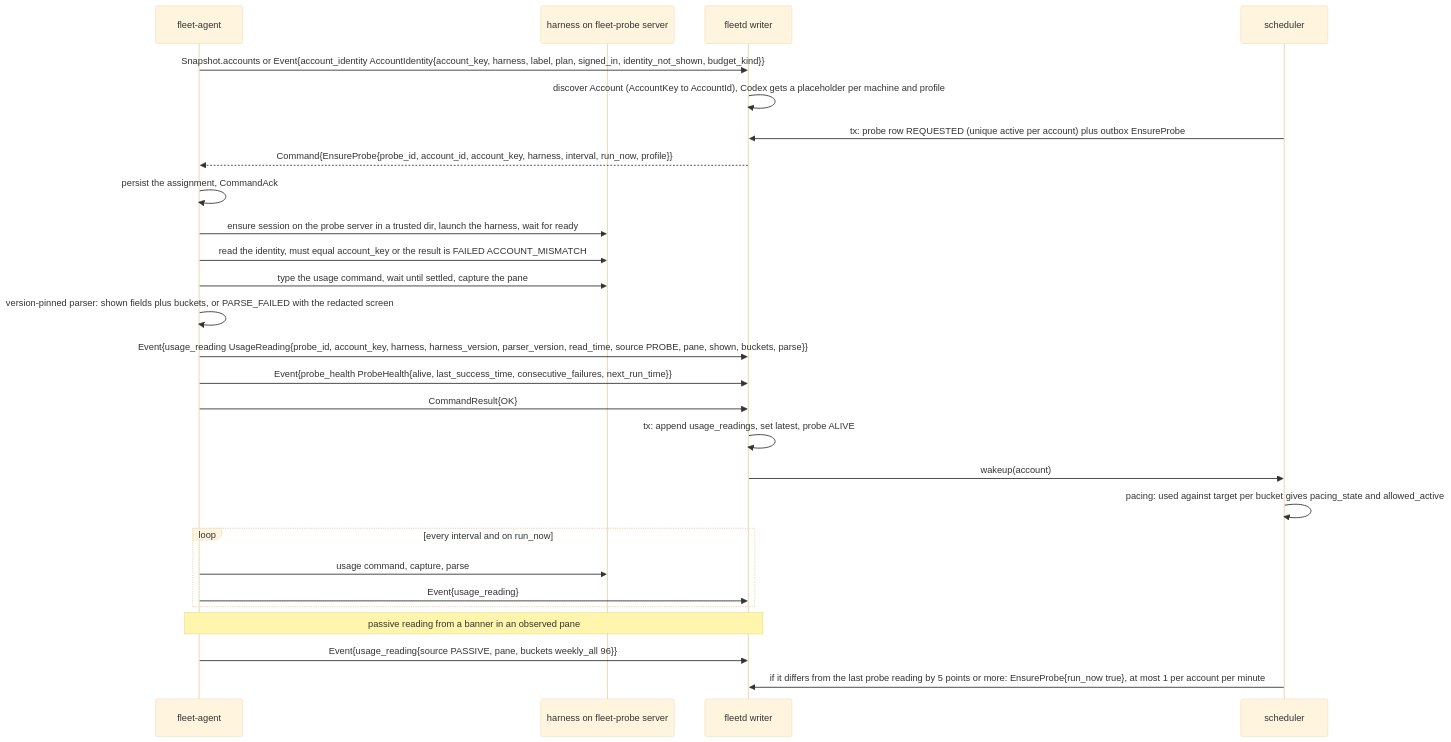
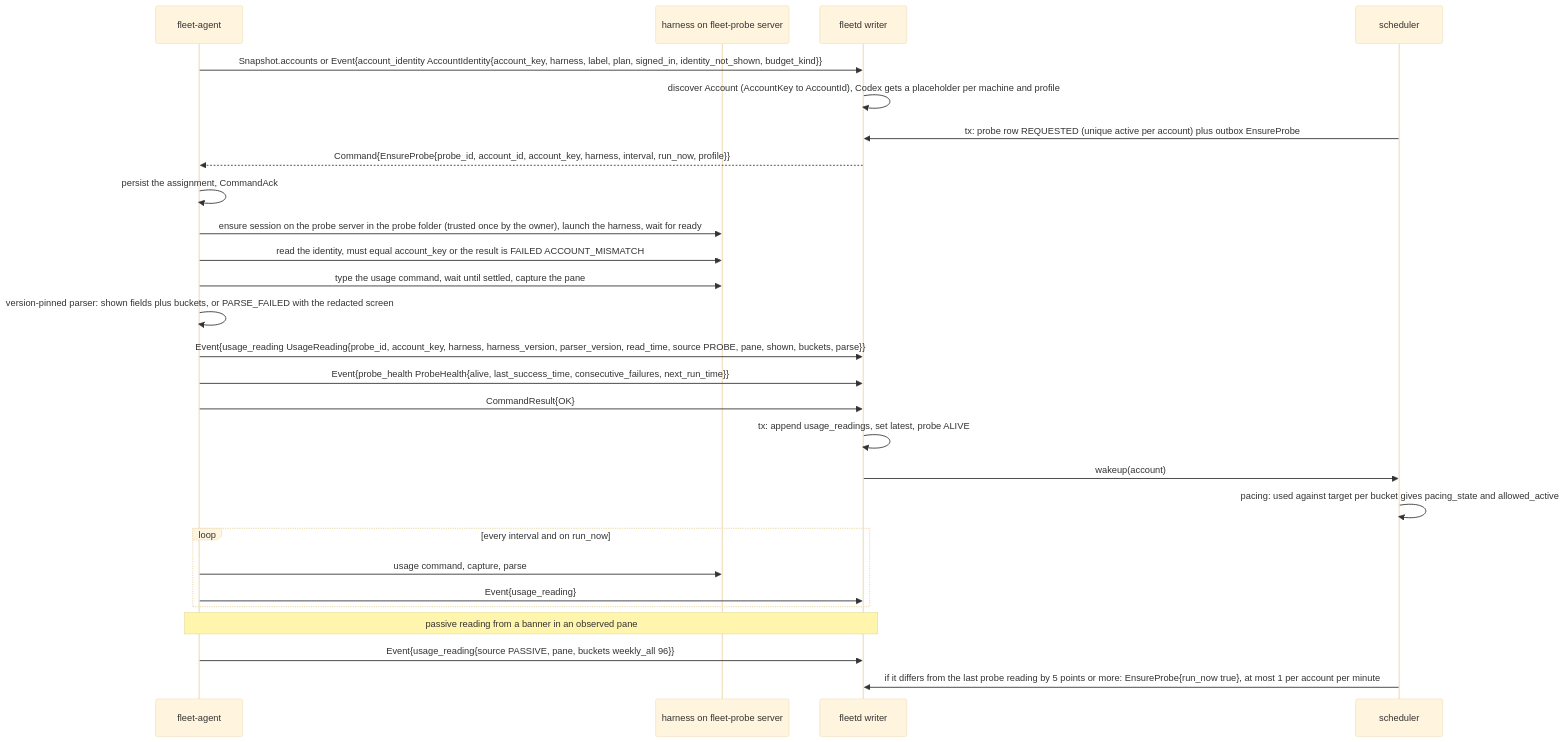
One commit to linuxdynasty/fleet-board changed the fourth of 5 diagrams in docs/flows/agent-hub-2.md. Above: the diagram before and after it, drawn with Mermaid (base theme). The commit also changed other lines of this file and 123 other files, not shown here.

````diff
--- a/docs/flows/agent-hub-2.md
+++ b/docs/flows/agent-hub-2.md
@@ -347,29 +347,29 @@
 ```mermaid
 sequenceDiagram
   participant A as fleet-agent
   participant P as harness on fleet-probe server
   participant H as fleetd writer
   participant S as scheduler
   A->>H: Snapshot.accounts or Event{account_identity AccountIdentity{account_key, harness, label, plan, signed_in, identity_not_shown, budget_kind}}
   H->>H: discover Account (AccountKey to AccountId), Codex gets a placeholder per machine and profile
   S->>H: tx: probe row REQUESTED (unique active per account) plus outbox EnsureProbe
   H-->>A: Command{EnsureProbe{probe_id, account_id, account_key, harness, interval, run_now, profile}}
   A->>A: persist the assignment, CommandAck
-  A->>P: ensure session on the probe server in a trusted dir, launch the harness, wait for ready
+  A->>P: ensure session on the probe server in the probe folder (trusted once by the owner), launch the harness, wait for ready
   A->>P: read the identity, must equal account_key or the result is FAILED ACCOUNT_MISMATCH
   A->>P: type the usage command, wait until settled, capture the pane
   A->>A: version-pinned parser: shown fields plus buckets, or PARSE_FAILED with the redacted screen
   A->>H: Event{usage_reading UsageReading{probe_id, account_key, harness, harness_version, parser_version, read_time, source PROBE, pane, shown, buckets, parse}}
   A->>H: Event{probe_health ProbeHealth{alive, last_success_time, consecutive_failures, next_run_time}}
   A->>H: CommandResult{OK}
   H->>H: tx: append usage_readings, set latest, probe ALIVE
   H->>S: wakeup(account)
   S->>S: pacing: used against target per bucket gives pacing_state and allowed_active
   loop every interval and on run_now
     A->>P: usage command, capture, parse
     A->>H: Event{usage_reading}
   end
   Note over A,H: passive reading from a banner in an observed pane
   A->>H: Event{usage_reading{source PASSIVE, pane, buckets weekly_all 96}}
   S->>H: if it differs from the last probe reading by 5 points or more: EnsureProbe{run_now true}, at most 1 per account per minute
 ```
````
